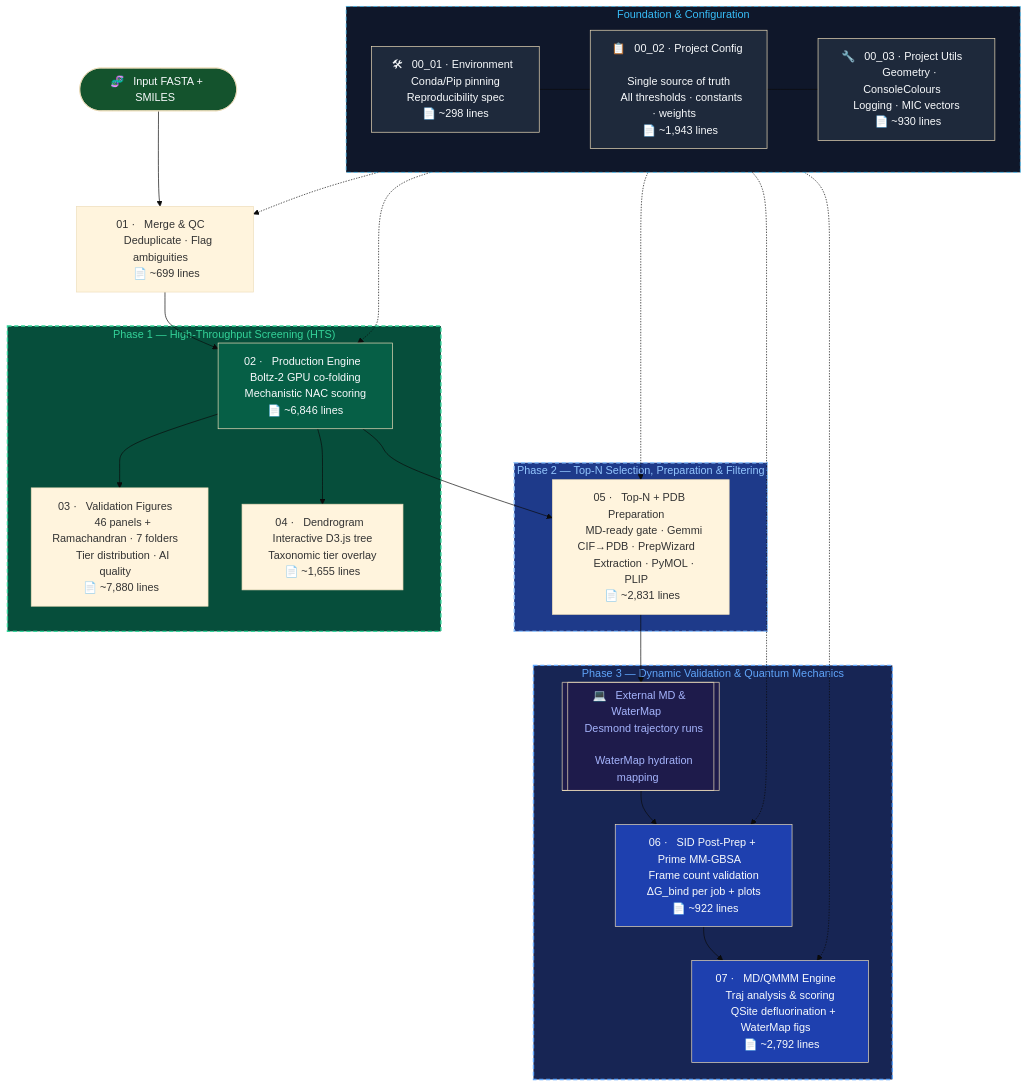
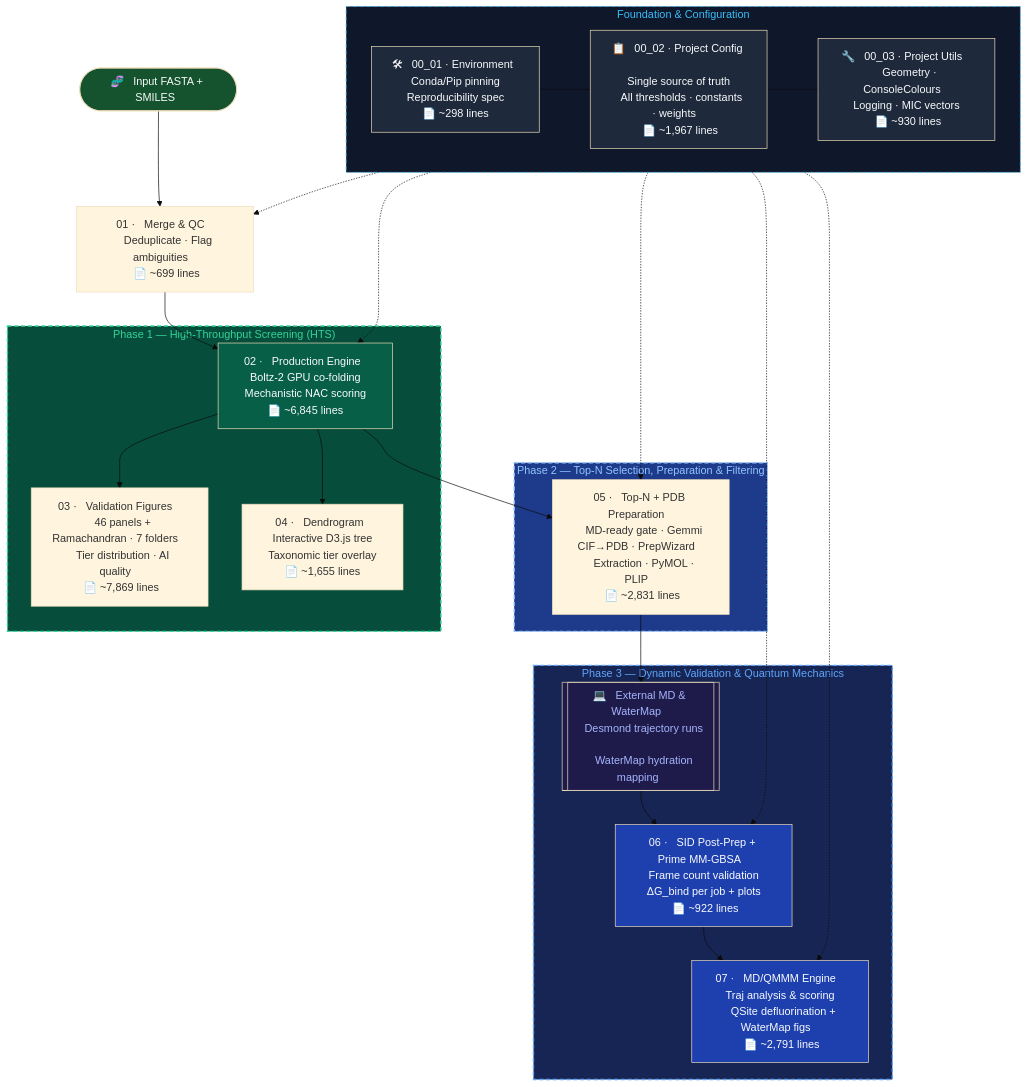
Before and after one commit to KU-MGB/DeFluorX: the diagram in README.md, drawn with Mermaid (base theme). The commit also changed 12 other files, not shown here.

````diff
--- a/README.md
+++ b/README.md
@@ -189,56 +189,56 @@
 ```mermaid
 flowchart TD
     subgraph FOUNDATION["  Foundation & Configuration  "]
         ENV["🛠 &nbsp; 00_01 · Environment &nbsp; \n &nbsp; Conda/Pip pinning &nbsp; \n &nbsp; Reproducibility spec &nbsp; \n &nbsp; 📄 ~298 lines &nbsp; "]
-        CFG["📋 &nbsp; 00_02 · Project Config &nbsp; \n &nbsp; Single source of truth &nbsp; \n &nbsp; All thresholds · constants · weights &nbsp; \n &nbsp; 📄 ~1,943 lines &nbsp; "]
+        CFG["📋 &nbsp; 00_02 · Project Config &nbsp; \n &nbsp; Single source of truth &nbsp; \n &nbsp; All thresholds · constants · weights &nbsp; \n &nbsp; 📄 ~1,967 lines &nbsp; "]
         UTL["🔧 &nbsp; 00_03 · Project Utils &nbsp; \n &nbsp; Geometry · ConsoleColours &nbsp; \n &nbsp; Logging · MIC vectors &nbsp; \n &nbsp; 📄 ~930 lines &nbsp; "]
         ENV --- CFG --- UTL
     end
 
     START([🧬 &nbsp; Input FASTA + SMILES &nbsp;]) --> M1
     M1["01 · &nbsp; Merge & QC &nbsp; \n &nbsp; Deduplicate · Flag ambiguities &nbsp; \n &nbsp; 📄 ~699 lines &nbsp; "] --> M2
 
     subgraph PHASE1["  Phase 1 — High-Throughput Screening (HTS)  "]
-        M2["02 · &nbsp; Production Engine &nbsp; \n &nbsp; Boltz-2 GPU co-folding &nbsp; \n &nbsp; Mechanistic NAC scoring &nbsp; \n &nbsp; 📄 ~6,846 lines &nbsp; "]
-        M3["03 · &nbsp; Validation Figures &nbsp; \n &nbsp; 46 panels + Ramachandran · 7 folders &nbsp; \n &nbsp; Tier distribution · AI quality &nbsp; \n &nbsp; 📄 ~7,880 lines &nbsp; "]
+        M2["02 · &nbsp; Production Engine &nbsp; \n &nbsp; Boltz-2 GPU co-folding &nbsp; \n &nbsp; Mechanistic NAC scoring &nbsp; \n &nbsp; 📄 ~6,845 lines &nbsp; "]
+        M3["03 · &nbsp; Validation Figures &nbsp; \n &nbsp; 46 panels + Ramachandran · 7 folders &nbsp; \n &nbsp; Tier distribution · AI quality &nbsp; \n &nbsp; 📄 ~7,869 lines &nbsp; "]
         M4["04 · &nbsp; Dendrogram &nbsp; \n &nbsp; Interactive D3.js tree &nbsp; \n &nbsp; Taxonomic tier overlay &nbsp; \n &nbsp; 📄 ~1,655 lines &nbsp; "]
         M2 --> M3
         M2 --> M4
     end
 
     M2 --> M5
 
     subgraph PHASE2["  Phase 2 — Top-N Selection, Preparation & Filtering  "]
         M5["05 · &nbsp; Top-N + PDB Preparation &nbsp; \n &nbsp; MD-ready gate · Gemmi CIF→PDB · PrepWizard &nbsp; \n &nbsp; Extraction · PyMOL · PLIP &nbsp; \n &nbsp; 📄 ~2,831 lines &nbsp; "]
     end
 
     M5 --> EXT_MD
 
     subgraph PHASE3["  Phase 3 — Dynamic Validation & Quantum Mechanics  "]
         EXT_MD[["💻 &nbsp; External MD & WaterMap &nbsp; \n &nbsp; Desmond trajectory runs &nbsp; \n &nbsp; WaterMap hydration mapping &nbsp;"]]
         M6["06 · &nbsp; SID Post-Prep + Prime MM-GBSA &nbsp; \n &nbsp; Frame count validation &nbsp; \n &nbsp; ΔG_bind per job + plots &nbsp; \n &nbsp; 📄 ~922 lines &nbsp; "]
-        M7["07 · &nbsp; MD/QMMM Engine &nbsp; \n &nbsp; Traj analysis & scoring &nbsp; \n &nbsp; QSite defluorination + WaterMap figs &nbsp; \n &nbsp; 📄 ~2,792 lines &nbsp; "]
+        M7["07 · &nbsp; MD/QMMM Engine &nbsp; \n &nbsp; Traj analysis & scoring &nbsp; \n &nbsp; QSite defluorination + WaterMap figs &nbsp; \n &nbsp; 📄 ~2,791 lines &nbsp; "]
         EXT_MD --> M6 --> M7
     end
 
     %% Dependencies
     FOUNDATION -.-> M1
     FOUNDATION -.-> M2
     FOUNDATION -.-> M5
     FOUNDATION -.-> M6
     FOUNDATION -.-> M7
 
     style FOUNDATION fill:#0f172a,color:#38bdf8,stroke:#38bdf8
     style CFG fill:#1e293b,color:#f8fafc
     style UTL fill:#1e293b,color:#f8fafc
     style ENV fill:#1e293b,color:#f8fafc
     style PHASE1 fill:#064e3b,color:#34d399,stroke:#34d399,stroke-width:2px,stroke-dasharray: 6 4
     style PHASE2 fill:#1e3a8a,color:#93c5fd,stroke:#93c5fd,stroke-width:2px,stroke-dasharray: 6 4
     style PHASE3 fill:#172554,color:#60a5fa,stroke:#60a5fa,stroke-width:2px,stroke-dasharray: 6 4
     style FOUNDATION stroke-dasharray: 6 4
     style M2 fill:#065f46,color:#f8fafc
     style M6 fill:#1e40af,color:#f8fafc
     style M7 fill:#1e40af,color:#f8fafc
     style START fill:#14532d,color:#f8fafc
     style EXT_MD fill:#1e1b4b,color:#a5b4fc
 ```
````
